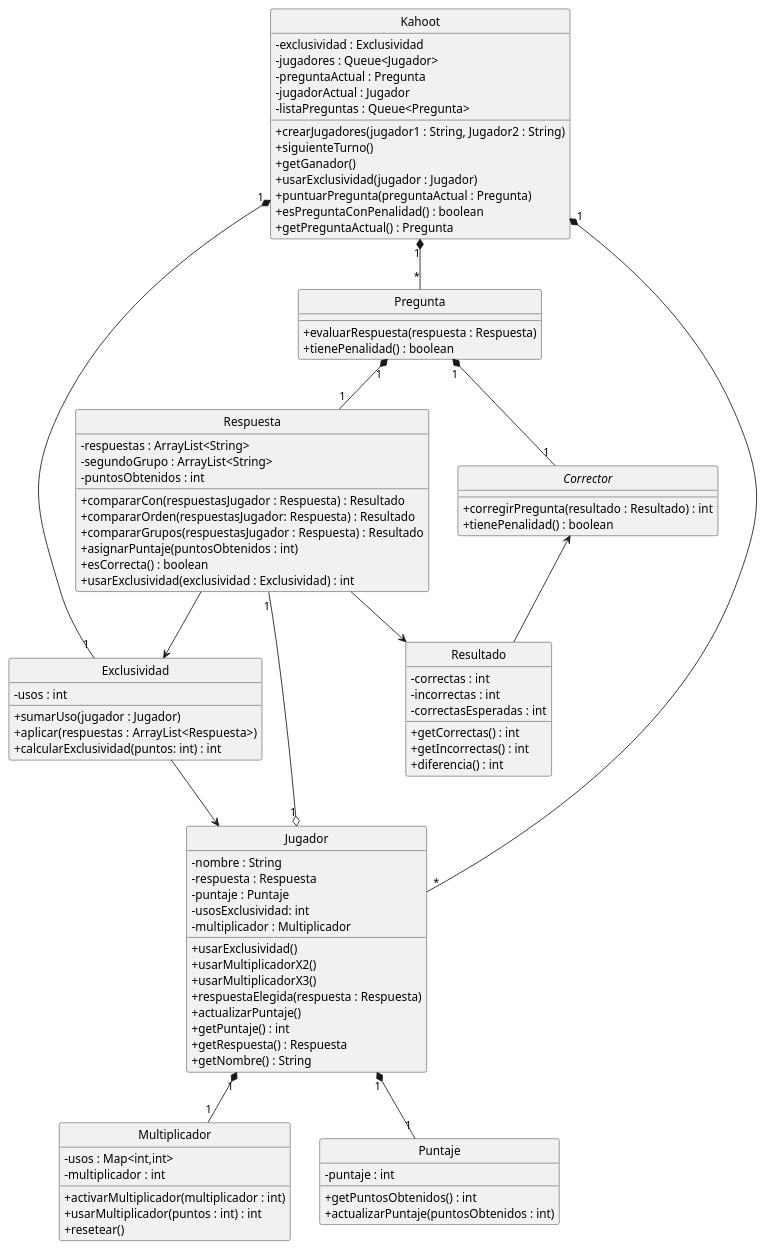
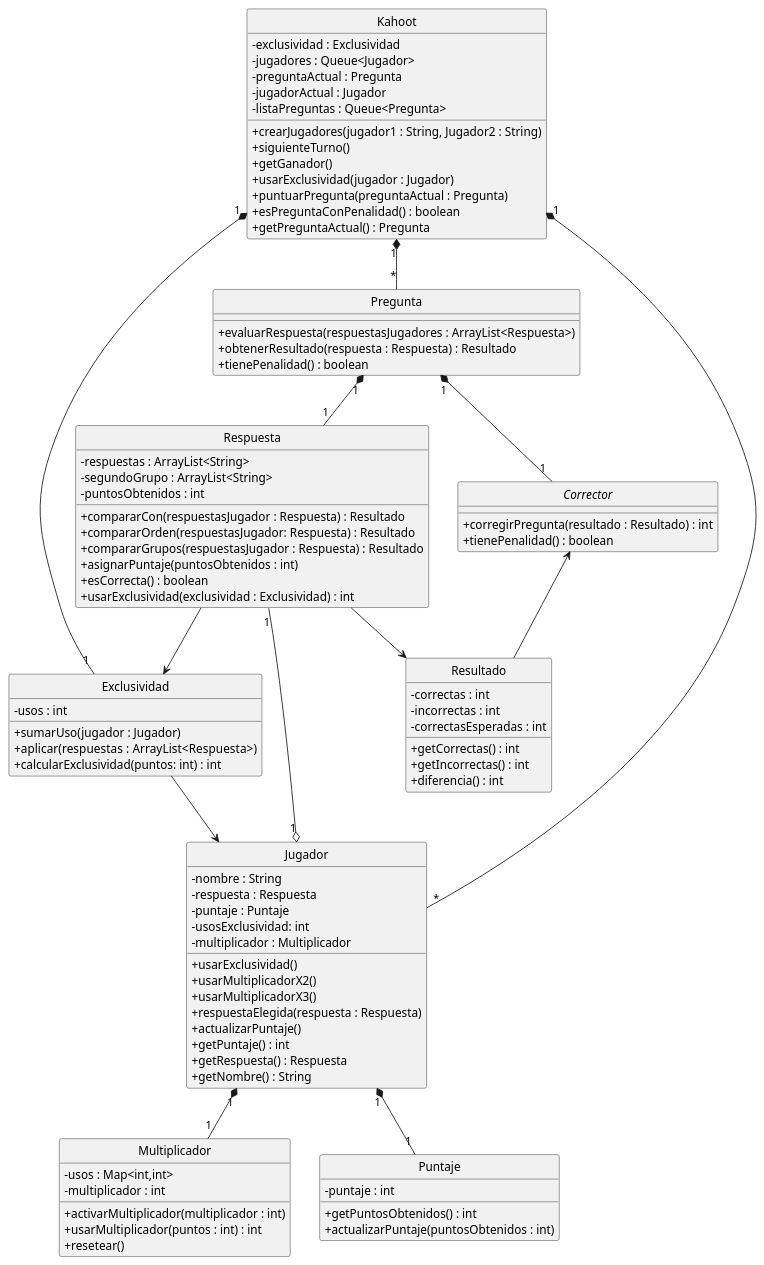
The diagram in Diagramas/DiagramaClasesKahoot.puml (erick12m/algo3_tp2), drawn with PlantUML before and after one commit. The commit also changed 9 other files, not shown here.

Commit message:
docs: Diagramas de Clases actualizados y Diagrama de Paquetes

```diff
--- a/Diagramas/DiagramaClasesKahoot.puml
+++ b/Diagramas/DiagramaClasesKahoot.puml
@@ -1,98 +1,99 @@
 @startuml AlgoHoot
 hide circle
 interface Corrector{
     + corregirPregunta(resultado : Resultado) : int
     + tienePenalidad() : boolean
 }
 class Jugador{
     - nombre : String
     - respuesta : Respuesta
     - puntaje : Puntaje
     - usosExclusividad: int
     - multiplicador : Multiplicador
     + usarExclusividad()
     + usarMultiplicadorX2()
     + usarMultiplicadorX3()
     + respuestaElegida(respuesta : Respuesta)
     + actualizarPuntaje()
     + getPuntaje() : int
     + getRespuesta() : Respuesta
     + getNombre() : String
 }
 class Multiplicador{
     - usos : Map<int,int>
     - multiplicador : int
     + activarMultiplicador(multiplicador : int)
     + usarMultiplicador(puntos : int) : int
     + resetear()
 }
 class Exclusividad{
     - usos : int
     + sumarUso(jugador : Jugador)
     + aplicar(respuestas :  ArrayList<Respuesta>)
     + calcularExclusividad(puntos: int) : int
 }
 class Puntaje{
     - puntaje : int
     + getPuntosObtenidos() : int
     + actualizarPuntaje(puntosObtenidos : int)
 }
 class Pregunta{
-    + evaluarRespuesta(respuesta : Respuesta)
+    + evaluarRespuesta(respuestasJugadores : ArrayList<Respuesta>)
+    + obtenerResultado(respuesta : Respuesta) : Resultado
     + tienePenalidad() : boolean
 }
 class Kahoot{
     - exclusividad : Exclusividad
     - jugadores : Queue<Jugador>
     - preguntaActual : Pregunta
     - jugadorActual : Jugador
     - listaPreguntas : Queue<Pregunta>
     + crearJugadores(jugador1 : String, Jugador2 : String)
     + siguienteTurno()
     + getGanador()
     + usarExclusividad(jugador : Jugador)
     + puntuarPregunta(preguntaActual : Pregunta)
     + esPreguntaConPenalidad() : boolean
     + getPreguntaActual() : Pregunta
 }
 class Respuesta{
     - respuestas : ArrayList<String>
     - segundoGrupo : ArrayList<String>
     - puntosObtenidos : int
     + compararCon(respuestasJugador : Respuesta) : Resultado
     + compararOrden(respuestasJugador: Respuesta) : Resultado
     + compararGrupos(respuestasJugador : Respuesta) : Resultado
     + asignarPuntaje(puntosObtenidos : int)
     + esCorrecta() : boolean
     + usarExclusividad(exclusividad : Exclusividad) : int
 }
 class Resultado{
     - correctas : int
     - incorrectas : int
     - correctasEsperadas : int
     + getCorrectas() : int
     + getIncorrectas() : int
     + diferencia() : int
 }
 Pregunta "1" *-- "1" Respuesta
 Pregunta "1" *-- "1" Corrector
 
 Kahoot "1" *-- "*" Jugador
 Kahoot "1" *-- "*" Pregunta
 Kahoot "1" *-- "1" Exclusividad
 
 Corrector <-- Resultado
 
 Jugador "1" o-- "1" Respuesta
 Jugador "1" *-- "1" Puntaje
 Jugador "1" *-- "1" Multiplicador
 
 
 Respuesta --> Resultado
 Respuesta --> Exclusividad
 
 Exclusividad --> Jugador
 
 skinparam classAttributeIconSize 0
 
 @enduml
```
